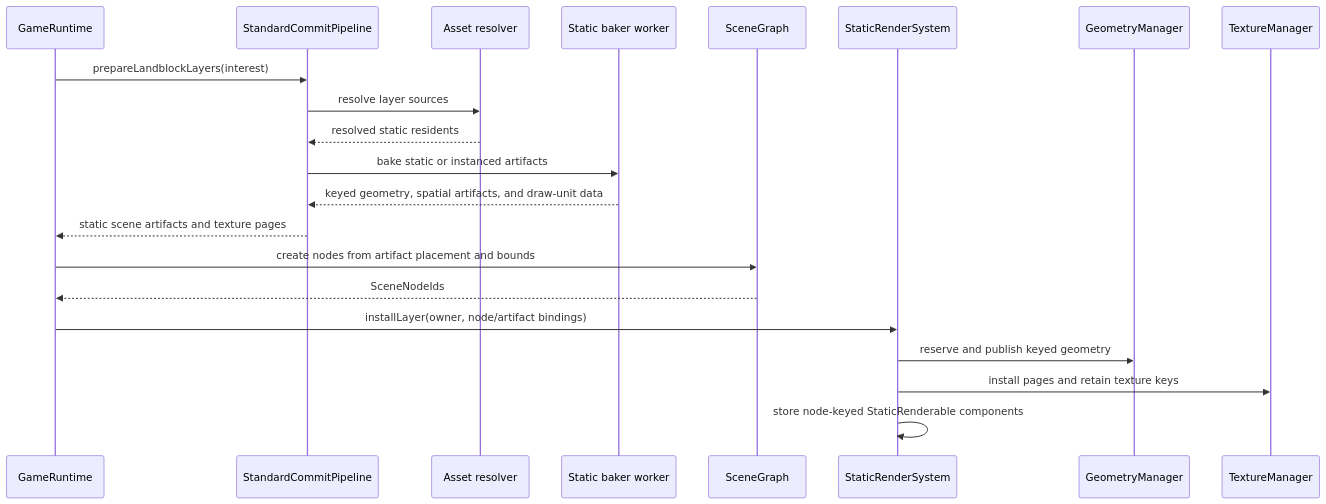
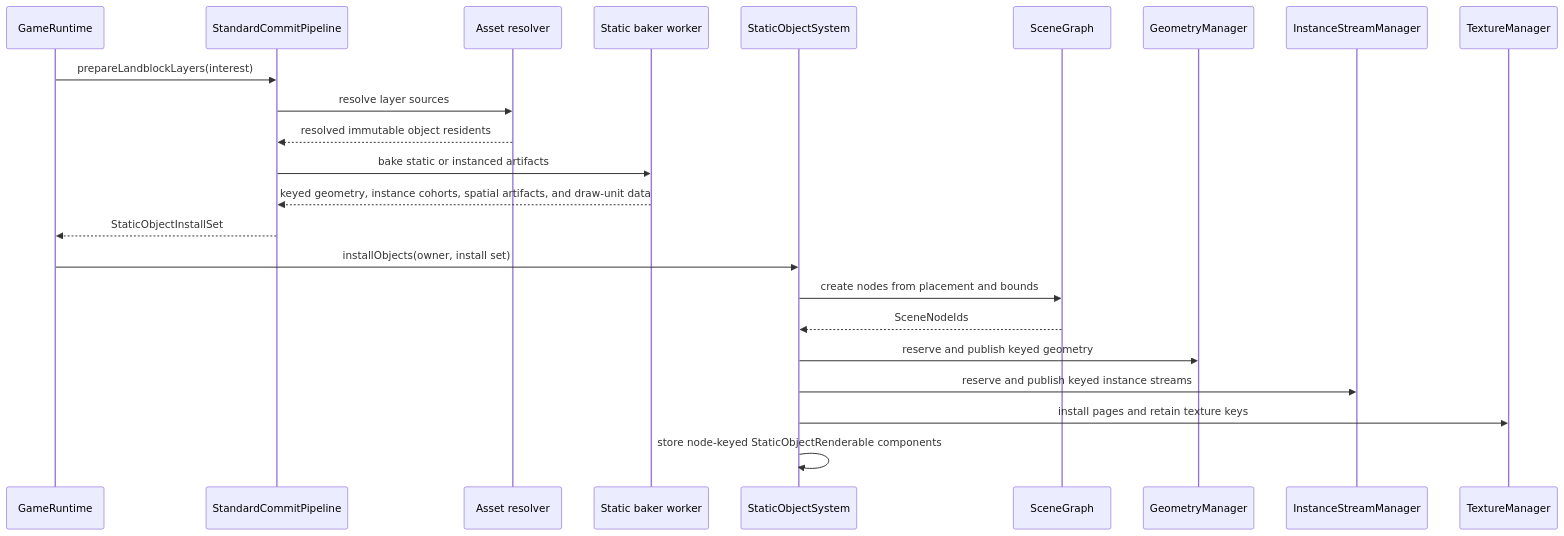
The first of 8 diagrams in docs/plans/holtburger-3d-render-systems-ecs-pivot-scoping.md (merklejerk/holtburger), drawn with Mermaid before and after one commit. The commit also changed other lines of this file, not shown here.

````diff
--- a/docs/plans/holtburger-3d-render-systems-ecs-pivot-scoping.md
+++ b/docs/plans/holtburger-3d-render-systems-ecs-pivot-scoping.md
@@ -221,24 +596,26 @@
 ```mermaid
 sequenceDiagram
     participant Runtime as GameRuntime
     participant Pipeline as StandardCommitPipeline
     participant Resolver as Asset resolver
     participant Baker as Static baker worker
+    participant Static as StaticObjectSystem
     participant Scene as SceneGraph
-    participant Static as StaticRenderSystem
     participant Geometry as GeometryManager
+    participant Instances as InstanceStreamManager
     participant Textures as TextureManager
 
     Runtime->>Pipeline: prepareLandblockLayers(interest)
     Pipeline->>Resolver: resolve layer sources
-    Resolver-->>Pipeline: resolved static residents
+    Resolver-->>Pipeline: resolved immutable object residents
     Pipeline->>Baker: bake static or instanced artifacts
-    Baker-->>Pipeline: keyed geometry, spatial artifacts, and draw-unit data
-    Pipeline-->>Runtime: static scene artifacts and texture pages
-    Runtime->>Scene: create nodes from artifact placement and bounds
-    Scene-->>Runtime: SceneNodeIds
-    Runtime->>Static: installLayer(owner, node/artifact bindings)
+    Baker-->>Pipeline: keyed geometry, instance cohorts, spatial artifacts, and draw-unit data
+    Pipeline-->>Runtime: StaticObjectInstallSet
+    Runtime->>Static: installObjects(owner, install set)
+    Static->>Scene: create nodes from placement and bounds
+    Scene-->>Static: SceneNodeIds
     Static->>Geometry: reserve and publish keyed geometry
+    Static->>Instances: reserve and publish keyed instance streams
     Static->>Textures: install pages and retain texture keys
-    Static->>Static: store node-keyed StaticRenderable components
+    Static->>Static: store node-keyed StaticObjectRenderable components
 ```
````
